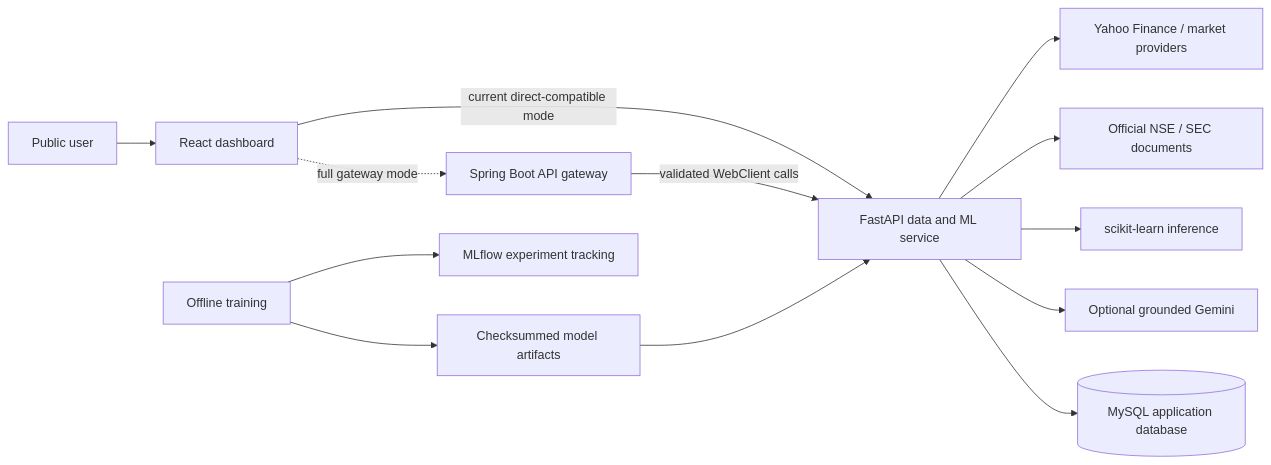
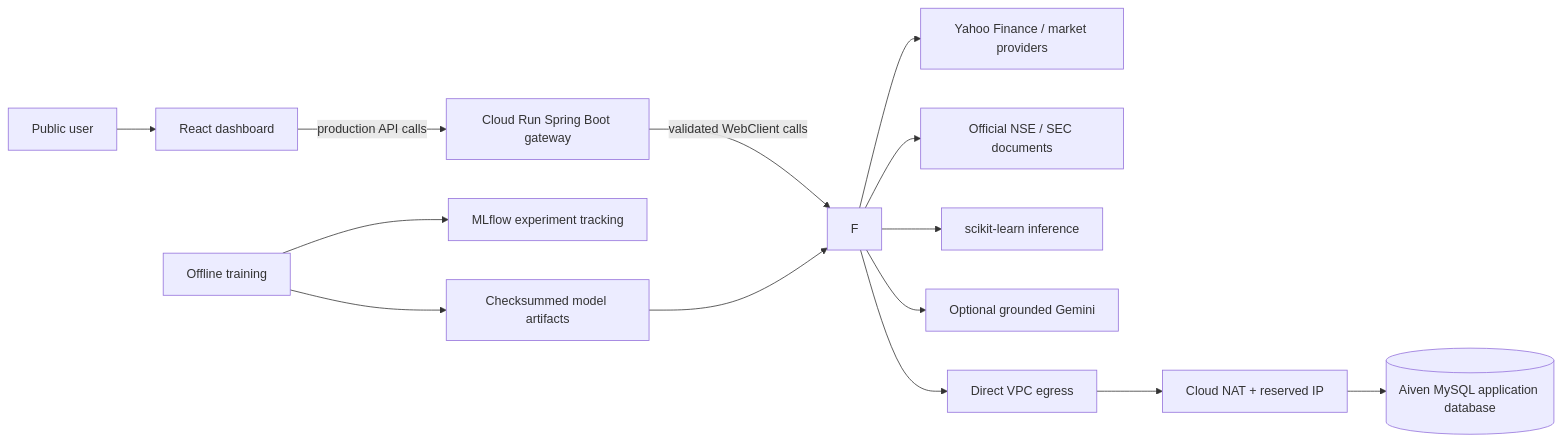
Before and after one commit to tausifalam6879/FinTrack_Market_Intelligence: the first of 4 diagrams in docs/system-architecture.md, drawn with Mermaid. The commit also changed other lines of this file and 2 other files, not shown here.

Commit message:
Document current secure Cloud Run deployment

````diff
--- a/docs/system-architecture.md
+++ b/docs/system-architecture.md
@@ -7,15 +7,16 @@
 ```mermaid
 flowchart LR
     U[Public user] --> R[React dashboard]
-    R -->|current direct-compatible mode| F[FastAPI data and ML service]
-    R -.->|full gateway mode| S[Spring Boot API gateway]
+    R -->|production API calls| S[Cloud Run Spring Boot gateway]
     S -->|validated WebClient calls| F
     F --> Y[Yahoo Finance / market providers]
     F --> D[Official NSE / SEC documents]
     F --> ML[scikit-learn inference]
     F --> G[Optional grounded Gemini]
-    F --> DB[(MySQL application database)]
+    F --> VPC[Direct VPC egress]
+    VPC --> NAT[Cloud NAT + reserved IP]
+    NAT --> DB[(Aiven MySQL application database)]
     T[Offline training] --> MF[MLflow experiment tracking]
     T --> A[Checksummed model artifacts]
     A --> F
 ```
````
